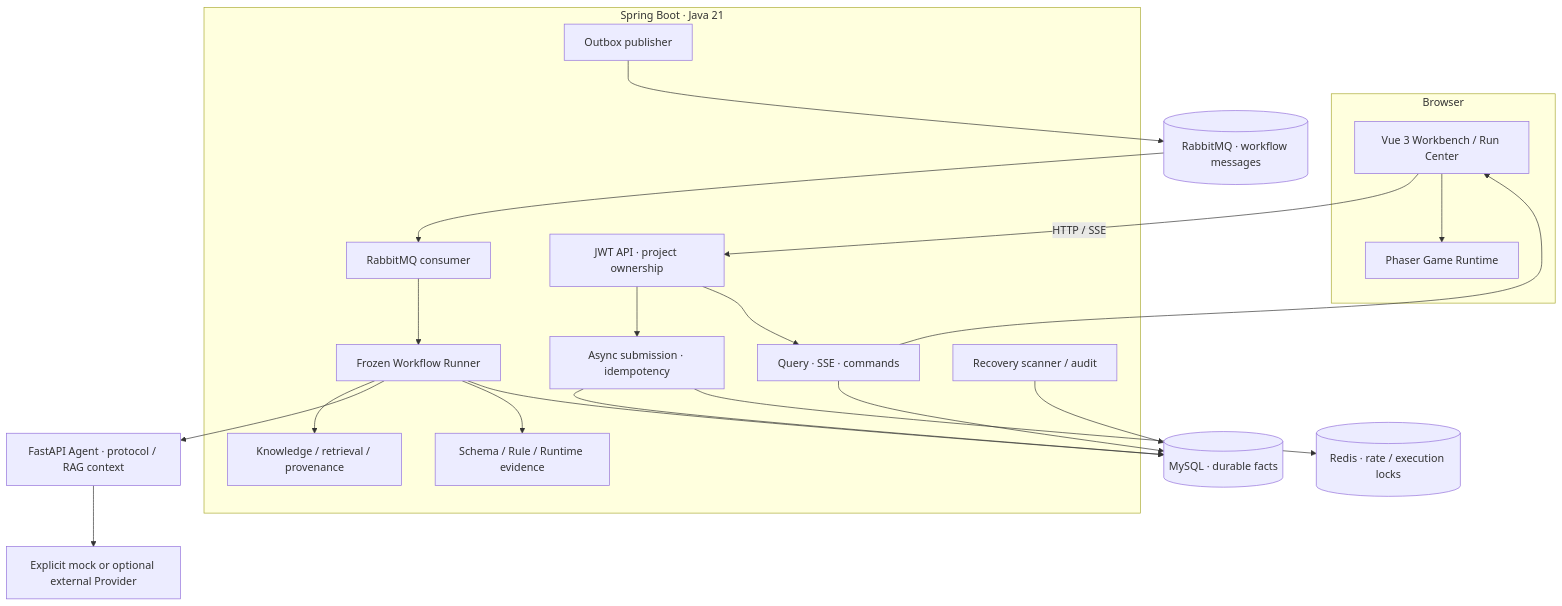
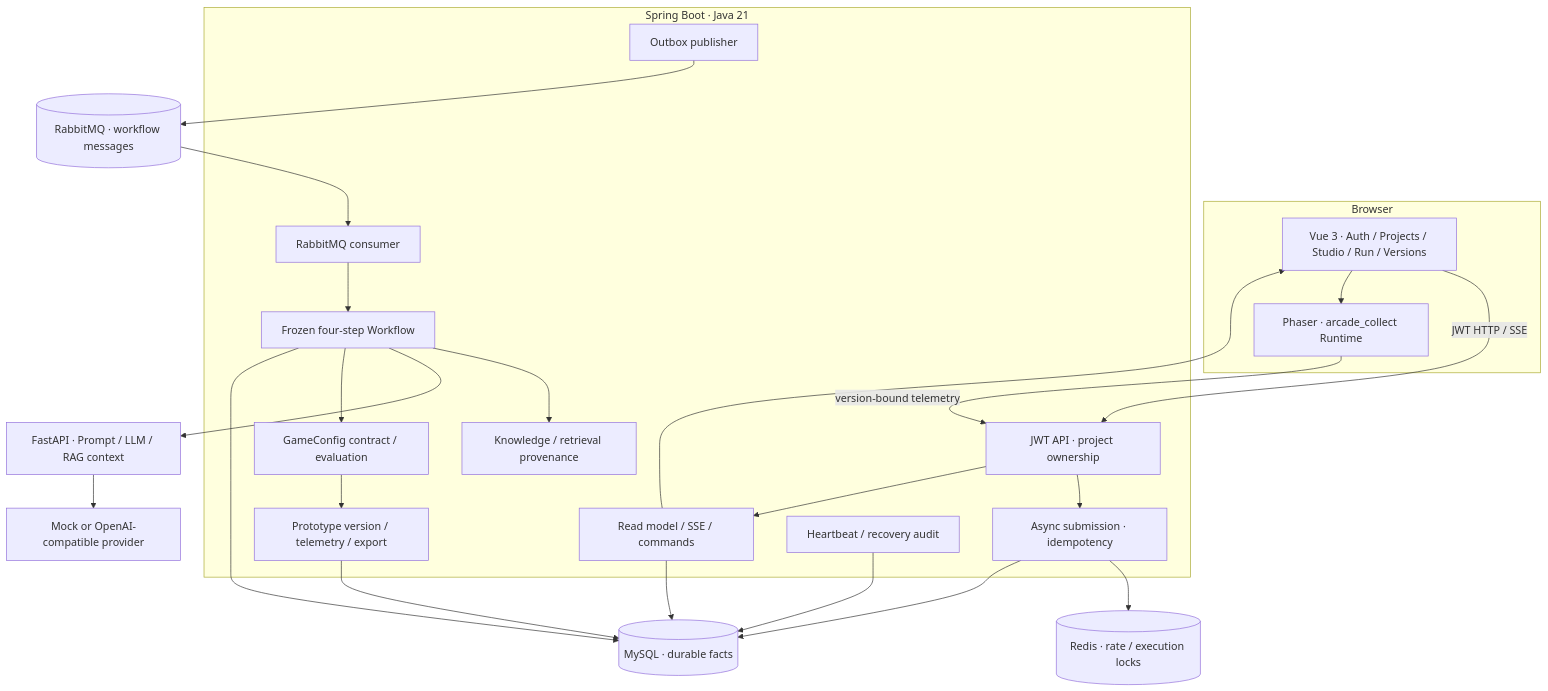
One commit to 1617-sys/GameDev-Agent-Workbench changed the first of 5 diagrams in docs/architecture/system-architecture.md. Above: the diagram before and after it, drawn with Mermaid. The commit also changed other lines of this file and 10 other files, not shown here.

Commit message:
Refactor game development agent workbench

````diff
--- a/docs/architecture/system-architecture.md
+++ b/docs/architecture/system-architecture.md
@@ -7,43 +13,47 @@
 ```mermaid
 flowchart TB
     subgraph Client["Browser"]
-        Vue["Vue 3 Workbench / Run Center"]
-        Phaser["Phaser Game Runtime"]
+        Vue["Vue 3 · Auth / Projects / Studio / Run / Versions"]
+        Phaser["Phaser · arcade_collect Runtime"]
     end
 
     subgraph Java["Spring Boot · Java 21"]
         API["JWT API · project ownership"]
         Submit["Async submission · idempotency"]
         Outbox["Outbox publisher"]
         Consumer["RabbitMQ consumer"]
-        Runner["Frozen Workflow Runner"]
-        Query["Query · SSE · commands"]
-        Eval["Schema / Rule / Runtime evidence"]
-        Retrieval["Knowledge / retrieval / provenance"]
-        Recovery["Recovery scanner / audit"]
+        Runner["Frozen four-step Workflow"]
+        Contract["GameConfig contract / evaluation"]
+        Version["Prototype version / telemetry / export"]
+        Retrieval["Knowledge / retrieval provenance"]
+        Query["Read model / SSE / commands"]
+        Recovery["Heartbeat / recovery audit"]
     end
 
     MySQL[("MySQL · durable facts")]
     Redis[("Redis · rate / execution locks")]
     MQ[("RabbitMQ · workflow messages")]
-    Python["FastAPI Agent · protocol / RAG context"]
-    Provider["Explicit mock or optional external Provider"]
+    Python["FastAPI · Prompt / LLM / RAG context"]
+    Provider["Mock or OpenAI-compatible provider"]
 
-    Vue -->|"HTTP / SSE"| API
+    Vue -->|"JWT HTTP / SSE"| API
     API --> Submit
     API --> Query
+    Submit --> Redis
     Submit --> MySQL
-    Submit --> Redis
     Outbox --> MQ
     MQ --> Consumer
     Consumer --> Runner
     Runner --> Retrieval
     Runner --> Python
     Python --> Provider
-    Runner --> Eval
+    Runner --> Contract
     Runner --> MySQL
-    Recovery --> MySQL
+    Contract --> Version
+    Version --> MySQL
     Query --> MySQL
     Query --> Vue
     Vue --> Phaser
+    Phaser -->|"version-bound telemetry"| API
+    Recovery --> MySQL
 ```
````
